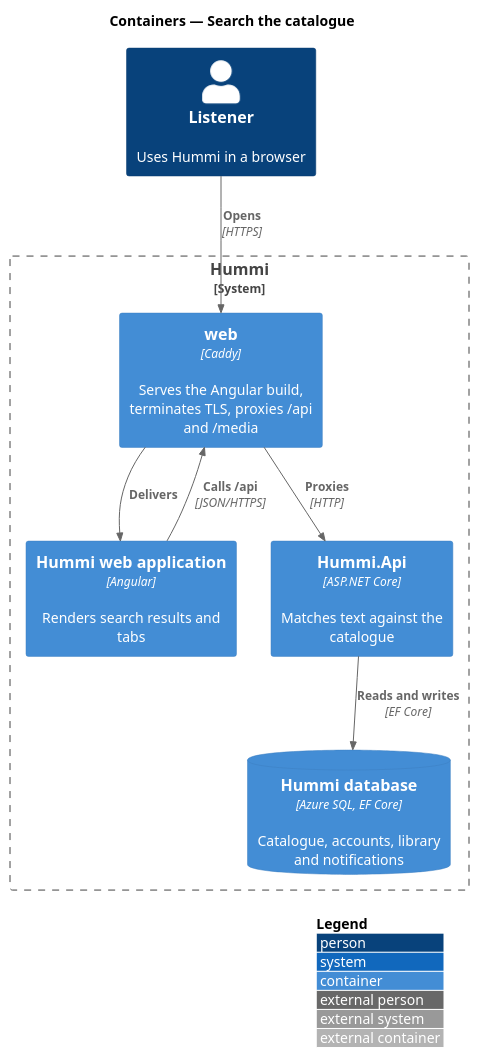
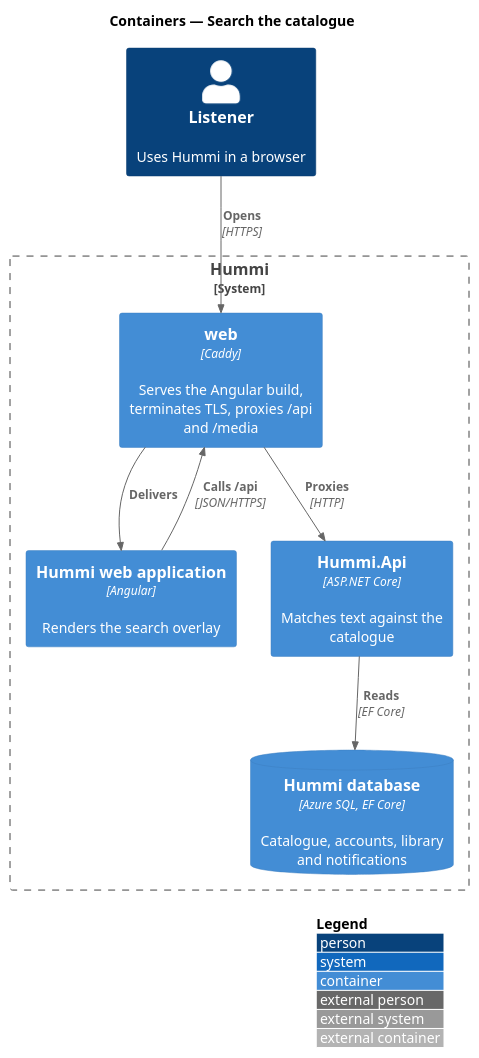
The diagram in docs/detailed-designs/search/search-catalogue/diagrams/c4-container.puml (QuinntyneBrown/hummi), drawn with PlantUML before and after one commit. The commit also changed 122 other files, not shown here.

First line of the commit message:
Search the catalogue: header search overlay over songs and artists

```diff
--- a/docs/detailed-designs/search/search-catalogue/diagrams/c4-container.puml
+++ b/docs/detailed-designs/search/search-catalogue/diagrams/c4-container.puml
@@ -1,18 +1,18 @@
 @startuml
 !include <C4/C4_Container>
 LAYOUT_WITH_LEGEND()
 title Containers — Search the catalogue
 
 Person(listener, "Listener", "Uses Hummi in a browser")
 System_Boundary(hummi, "Hummi") {
   Container(web, "web", "Caddy", "Serves the Angular build, terminates TLS, proxies /api and /media")
-  Container(spa, "Hummi web application", "Angular", "Renders search results and tabs")
+  Container(spa, "Hummi web application", "Angular", "Renders the search overlay")
   Container(api, "Hummi.Api", "ASP.NET Core", "Matches text against the catalogue")
   ContainerDb(db, "Hummi database", "Azure SQL, EF Core", "Catalogue, accounts, library and notifications")
 }
 Rel(listener, web, "Opens", "HTTPS")
 Rel(web, spa, "Delivers")
 Rel(spa, web, "Calls /api", "JSON/HTTPS")
 Rel(web, api, "Proxies", "HTTP")
-Rel(api, db, "Reads and writes", "EF Core")
+Rel(api, db, "Reads", "EF Core")
 @enduml
```
